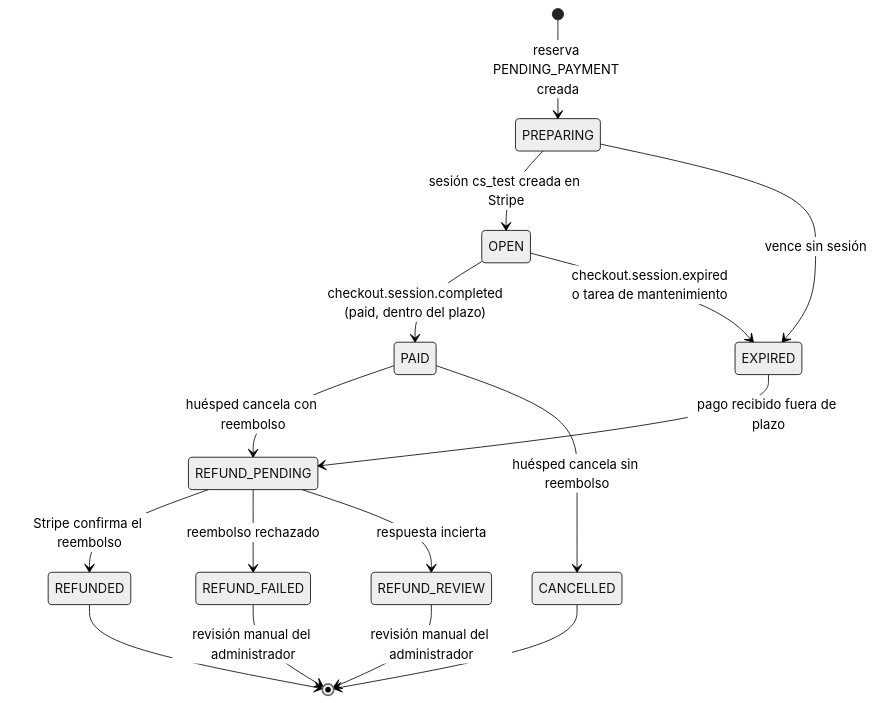
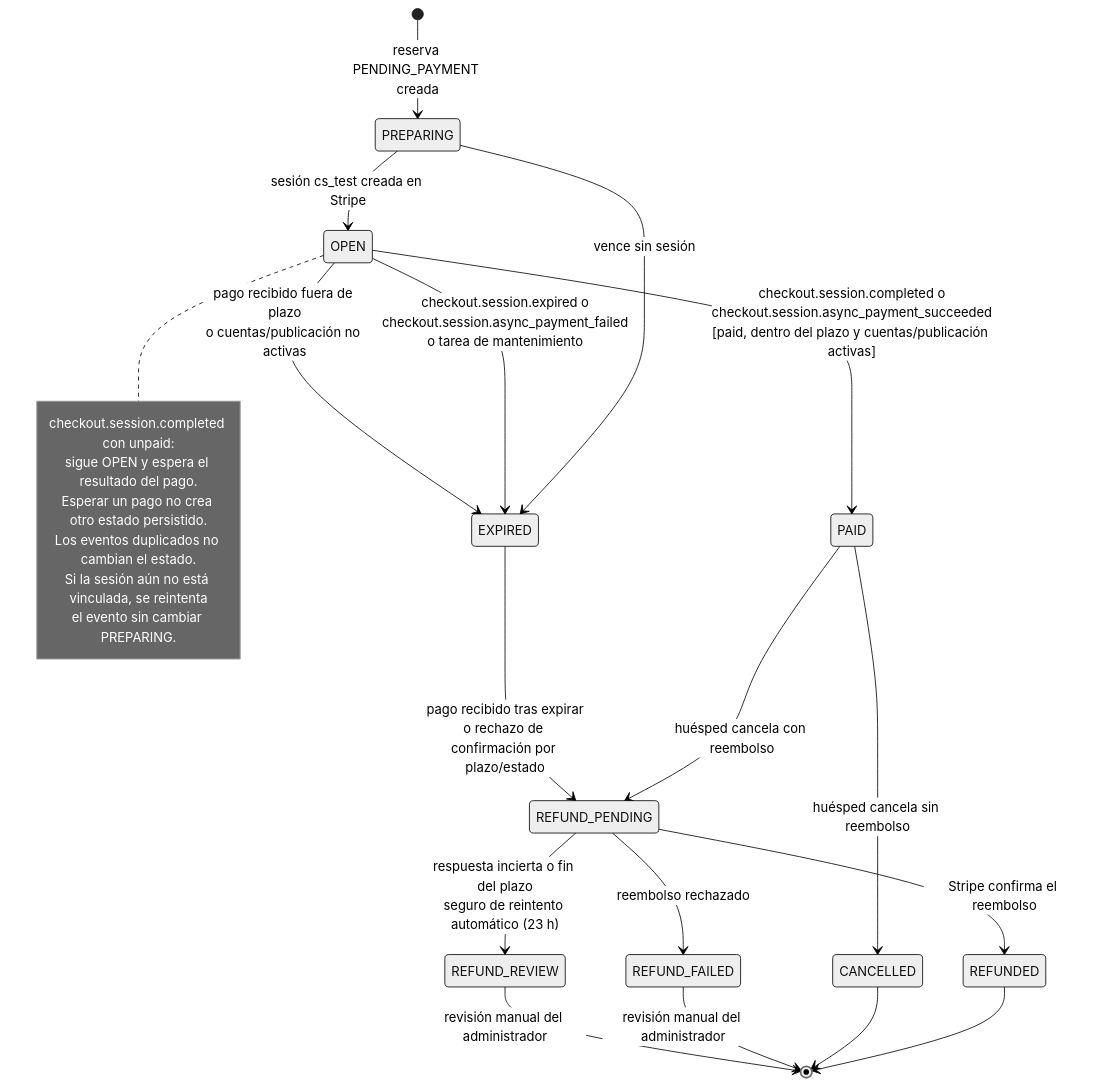
The diagram in docs/entrega-1/diagramas/fuentes/20-estados-pago-stripe.mmd (Rocky72153/marketplace-alojamientos), drawn with Mermaid (neutral theme) before and after one commit. The commit also changed 14 other files, not shown here.

Commit message:
Corregir diagramas de pago y pipeline y documentar uso real de IA

```diff
--- a/docs/entrega-1/diagramas/fuentes/20-estados-pago-stripe.mmd
+++ b/docs/entrega-1/diagramas/fuentes/20-estados-pago-stripe.mmd
@@ -1,17 +1,26 @@
 stateDiagram-v2
     direction TB
     [*] --> PREPARING : reserva PENDING_PAYMENT creada
     PREPARING --> OPEN : sesión cs_test creada en Stripe
     PREPARING --> EXPIRED : vence sin sesión
-    OPEN --> PAID : checkout.session.completed<br/>(paid, dentro del plazo)
-    OPEN --> EXPIRED : checkout.session.expired<br/>o tarea de mantenimiento
+    OPEN --> PAID : checkout.session.completed o<br/>checkout.session.async_payment_succeeded<br/>[paid, dentro del plazo y cuentas/publicación activas]
+    OPEN --> EXPIRED : checkout.session.expired o<br/>checkout.session.async_payment_failed<br/>o tarea de mantenimiento
+    OPEN --> EXPIRED : pago recibido fuera de plazo<br/>o cuentas/publicación no activas
     PAID --> REFUND_PENDING : huésped cancela con reembolso
     PAID --> CANCELLED : huésped cancela sin reembolso
-    EXPIRED --> REFUND_PENDING : pago recibido fuera de plazo
+    EXPIRED --> REFUND_PENDING : pago recibido tras expirar<br/>o rechazo de confirmación por plazo/estado
     REFUND_PENDING --> REFUNDED : Stripe confirma el reembolso
     REFUND_PENDING --> REFUND_FAILED : reembolso rechazado
-    REFUND_PENDING --> REFUND_REVIEW : respuesta incierta
+    REFUND_PENDING --> REFUND_REVIEW : respuesta incierta o fin del plazo<br/>seguro de reintento automático (23 h)
     REFUNDED --> [*]
     CANCELLED --> [*]
     REFUND_FAILED --> [*] : revisión manual del administrador
     REFUND_REVIEW --> [*] : revisión manual del administrador
+    note right of OPEN
+        checkout.session.completed con unpaid:
+        sigue OPEN y espera el resultado del pago.
+        Esperar un pago no crea otro estado persistido.
+        Los eventos duplicados no cambian el estado.
+        Si la sesión aún no está vinculada, se reintenta
+        el evento sin cambiar PREPARING.
+    end note
```
